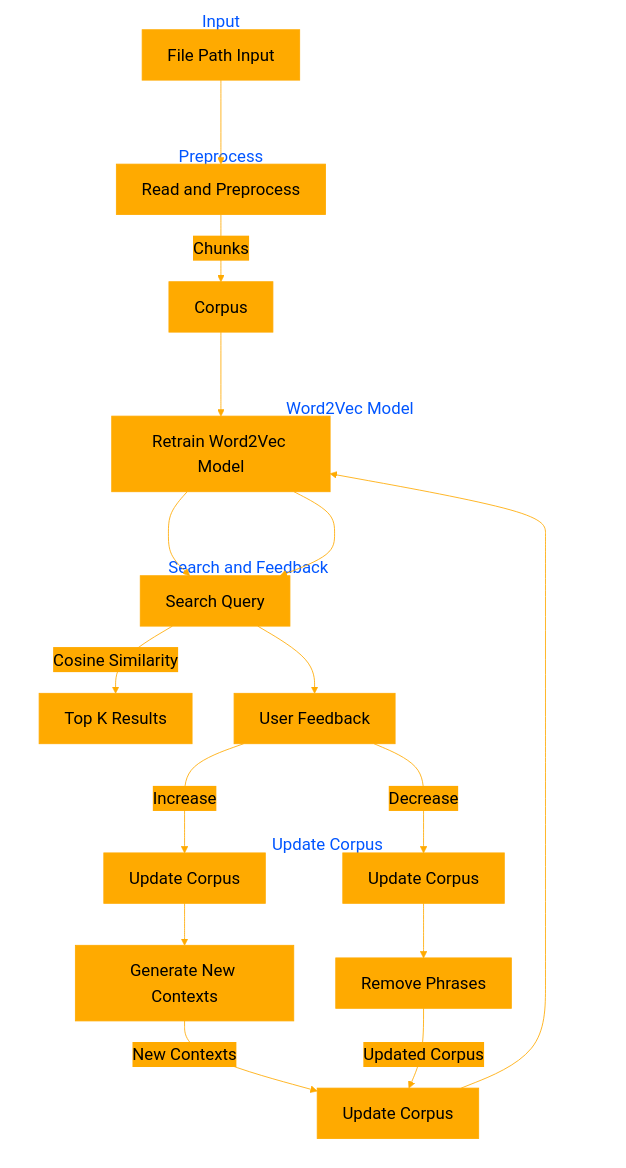
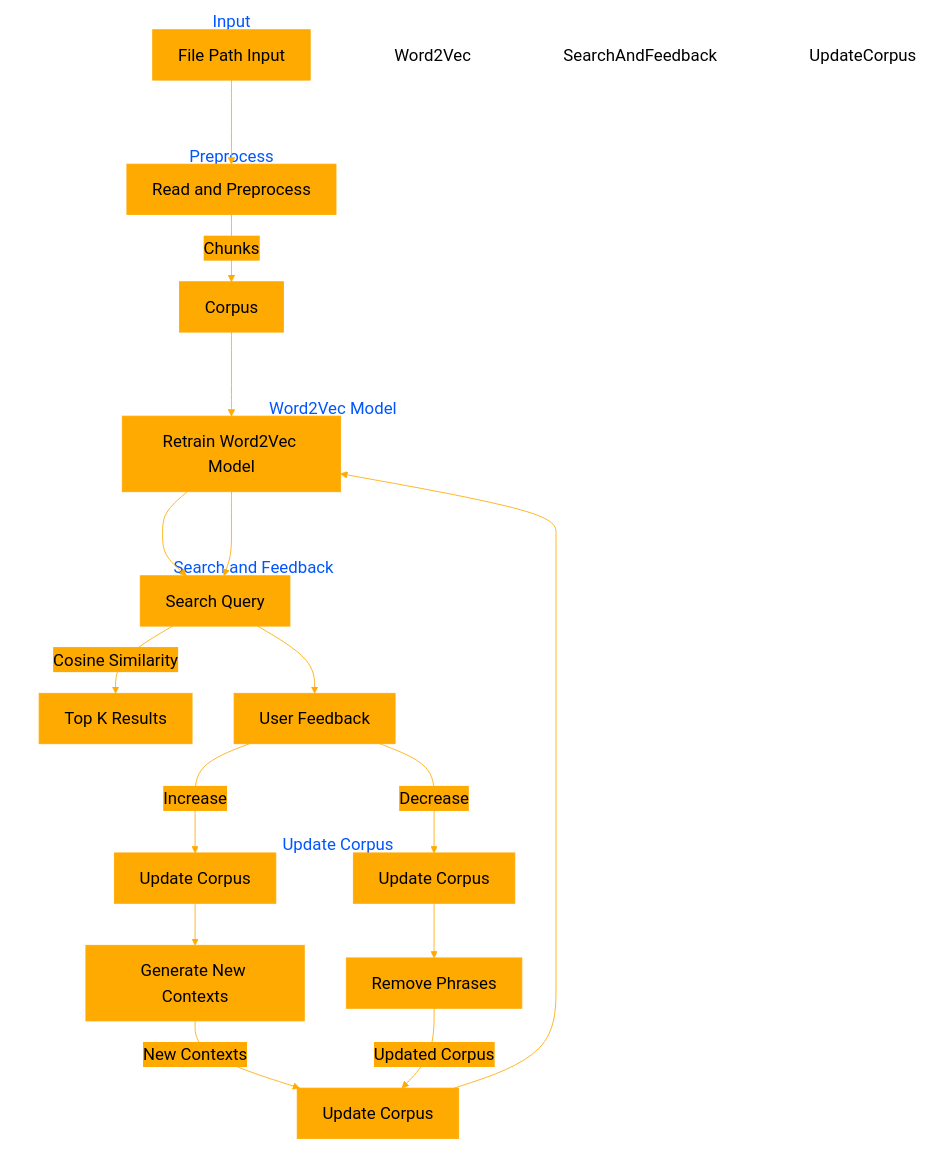
Before and after one commit to EveryOneIsGross/thought2VEC: the diagram in README.md, drawn with Mermaid.

````diff
--- a/README.md
+++ b/README.md
@@ -38,49 +38,54 @@
 ```mermaid
 %%{init: {'theme': 'base', 'themeVariables': { 'primaryColor': '#ffaa00', 'primaryTextColor': '#000000', 'primaryBorderColor': '#ffaa00', 'lineColor': '#ffaa00', 'secondaryColor': '#ffaa00', 'tertiaryColor': '#ffaa00', 'clusterBkg': 'none', 'clusterBorder': 'none', 'fontSize': '20px'}}}%%
 graph TD
+    style Input fill:none,stroke:none
+    style Preprocess fill:none,stroke:none
+    style Word2Vec fill:none,stroke:none
+    style SearchAndFeedback fill:none,stroke:none
+    style UpdateCorpus fill:none,stroke:none
     A[File Path Input] --> B[Read and Preprocess]
     B -->|Chunks| C[Corpus]
     C --> D[Train Word2Vec Model]
     D --> E[Search Query]
     E -->|Cosine Similarity| F[Top K Results]
 
     E --> G[User Feedback]
     G -->|Increase| H[Update Corpus]
     G -->|Decrease| I[Update Corpus]
     
     H --> J[Generate New Contexts]
     I --> K[Remove Phrases]
     
     J -->|New Contexts| L[Update Corpus]
     K -->|Updated Corpus| L
     
     L --> D[Retrain Word2Vec Model]
     D --> E
 
     subgraph Input
         A
     end
 
     subgraph Preprocess
         B
         C
     end
 
     subgraph Word2Vec Model
         D
     end
 
     subgraph Search and Feedback
         E
         F
         G
     end
 
     subgraph Update Corpus
         H
         I
         J
         K
         L
     end
 ```
````
